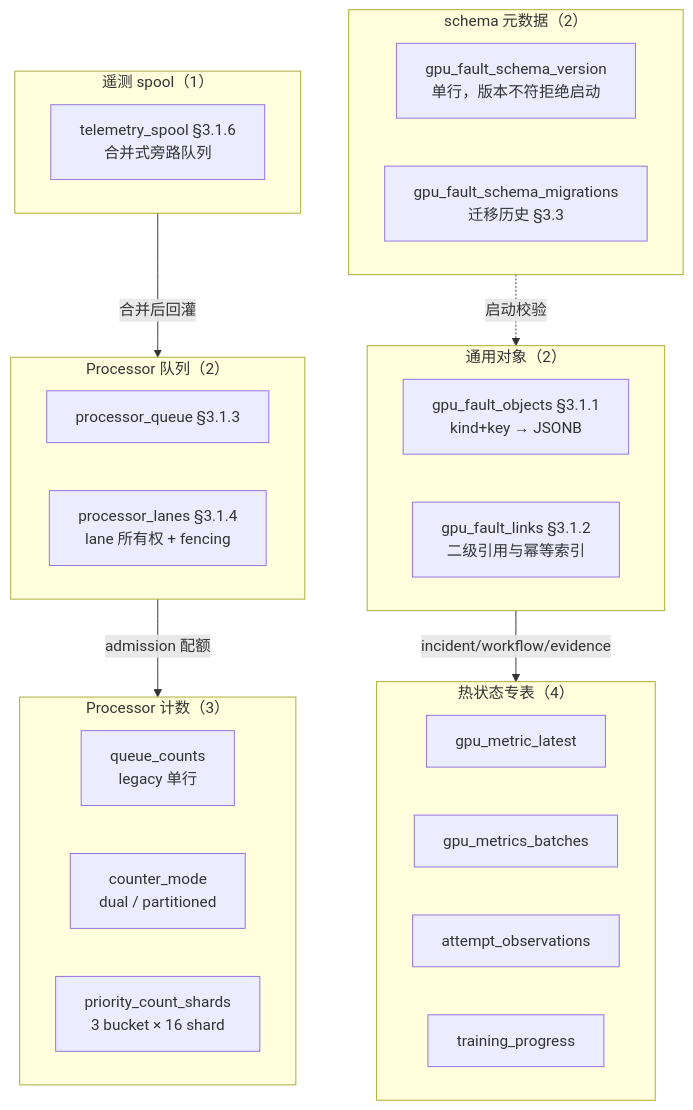
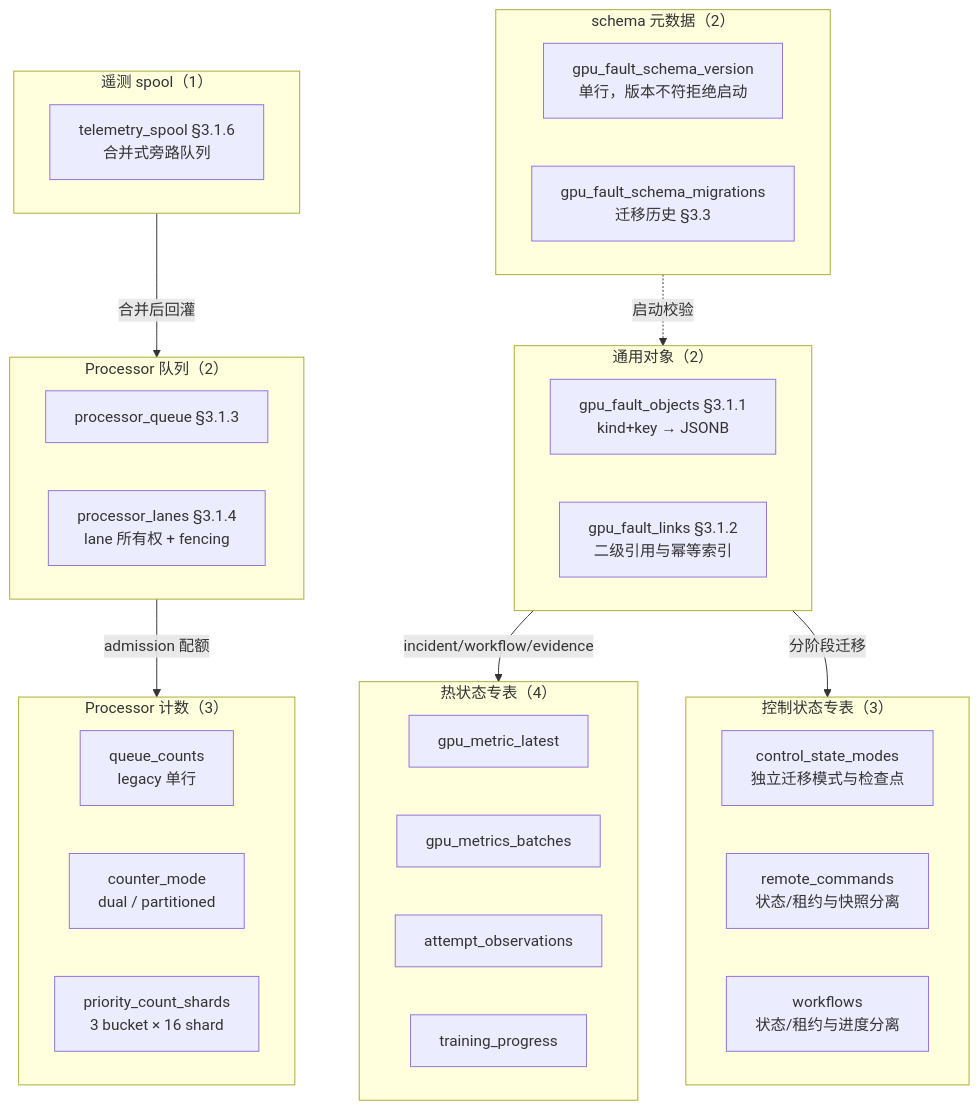
The seventh of 7 diagrams in docs/详细设计.md (yuhuiaws/GPU-Fault-Recovery-System), drawn with Mermaid before and after one commit. The commit also changed other lines of this file and 2461 other files, not shown here.

````diff
--- a/docs/详细设计.md
+++ b/docs/详细设计.md
@@ -2606,34 +2679,40 @@
 ```mermaid
 flowchart TB
     subgraph G1["schema 元数据（2）"]
         T1["gpu_fault_schema_version<br/>单行，版本不符拒绝启动"]
         T2["gpu_fault_schema_migrations<br/>迁移历史 §3.3"]
     end
     subgraph G2["通用对象（2）"]
         T3["gpu_fault_objects §3.1.1<br/>kind+key → JSONB"]
         T4["gpu_fault_links §3.1.2<br/>二级引用与幂等索引"]
     end
     subgraph G3["热状态专表（4）"]
         T5["gpu_metric_latest"]
         T6["gpu_metrics_batches"]
         T7["attempt_observations"]
         T8["training_progress"]
     end
     subgraph G4["Processor 队列（2）"]
         T9["processor_queue §3.1.3"]
         T10["processor_lanes §3.1.4<br/>lane 所有权 + fencing"]
     end
     subgraph G5["Processor 计数（3）"]
         T11["queue_counts<br/>legacy 单行"]
         T12["counter_mode<br/>dual / partitioned"]
         T13["priority_count_shards<br/>3 bucket × 16 shard"]
     end
     subgraph G6["遥测 spool（1）"]
         T14["telemetry_spool §3.1.6<br/>合并式旁路队列"]
     end
+    subgraph G7["控制状态专表（3）"]
+        T15["control_state_modes<br/>独立迁移模式与检查点"]
+        T16["remote_commands<br/>状态/租约与快照分离"]
+        T17["workflows<br/>状态/租约与进度分离"]
+    end
 
     G1 -.->|启动校验| G2
     G4 -->|admission 配额| G5
     G6 -->|合并后回灌| G4
     G2 -->|incident/workflow/evidence| G3
+    G2 -->|分阶段迁移| G7
 ```
````
